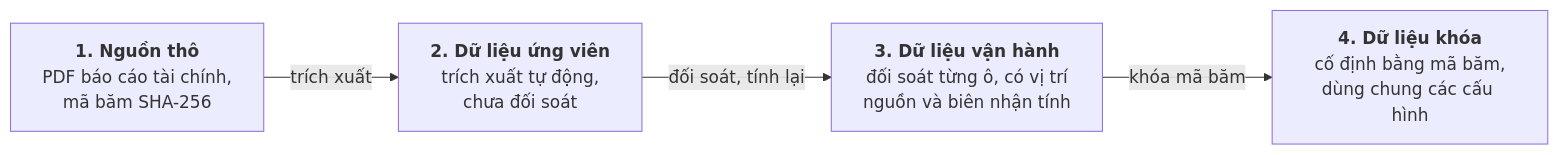
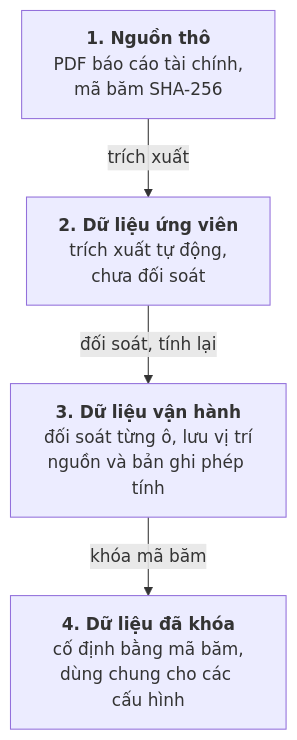
The diagram in docs/thesis-v2/figures/hinh-3-2-pipeline-du-lieu.mmd (thaicuong576/final-thesis), drawn with Mermaid before and after one commit. The commit also changed 10 other files, not shown here.

Commit message:
docs(thesis): fix figure wording, Vietnamese number format in charts, Fig 3.2 layout (#185)

```diff
--- a/docs/thesis-v2/figures/hinh-3-2-pipeline-du-lieu.mmd
+++ b/docs/thesis-v2/figures/hinh-3-2-pipeline-du-lieu.mmd
@@ -1,8 +1,8 @@
-flowchart LR
+flowchart TB
     Raw["<b>1. Nguồn thô</b><br/>PDF báo cáo tài chính,<br/>mã băm SHA-256"]
     Candidate["<b>2. Dữ liệu ứng viên</b><br/>trích xuất tự động,<br/>chưa đối soát"]
-    Operational["<b>3. Dữ liệu vận hành</b><br/>đối soát từng ô, có vị trí<br/>nguồn và biên nhận tính"]
-    Locked["<b>4. Dữ liệu khóa</b><br/>cố định bằng mã băm,<br/>dùng chung các cấu hình"]
+    Operational["<b>3. Dữ liệu vận hành</b><br/>đối soát từng ô, lưu vị trí<br/>nguồn và bản ghi phép tính"]
+    Locked["<b>4. Dữ liệu đã khóa</b><br/>cố định bằng mã băm,<br/>dùng chung cho các cấu hình"]
     Raw -->|"trích xuất"| Candidate
     Candidate -->|"đối soát, tính lại"| Operational
     Operational -->|"khóa mã băm"| Locked
```
